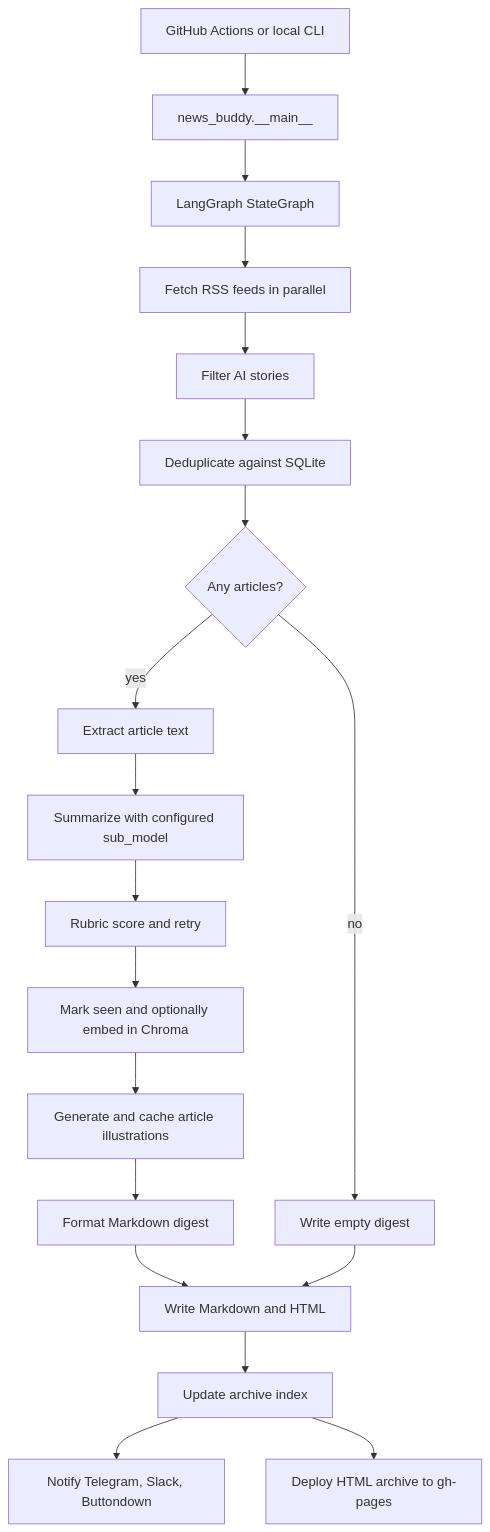
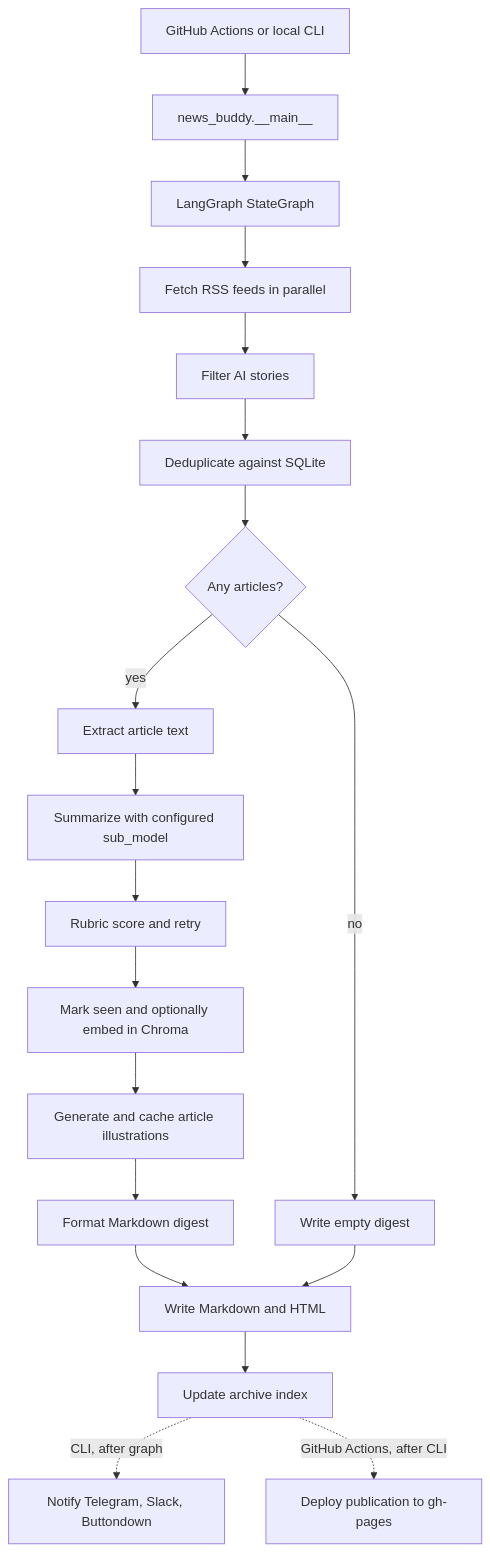
One commit to Harshagarwal06/buddy_agent changed the diagram in README.md. Above: the diagram before and after it, drawn with Mermaid. The commit also changed other lines of this file and 17 other files, not shown here.

````diff
--- a/README.md
+++ b/README.md
@@ -29,21 +29,21 @@
 ```mermaid
 flowchart TD
     A["GitHub Actions or local CLI"] --> B["news_buddy.__main__"]
     B --> C["LangGraph StateGraph"]
     C --> D["Fetch RSS feeds in parallel"]
     D --> E["Filter AI stories"]
     E --> F["Deduplicate against SQLite"]
     F --> G{"Any articles?"}
     G -- "yes" --> H["Extract article text"]
     H --> I["Summarize with configured sub_model"]
     I --> J["Rubric score and retry"]
     J --> K["Mark seen and optionally embed in Chroma"]
     K --> L["Generate and cache article illustrations"]
     L --> M["Format Markdown digest"]
     G -- "no" --> X["Write empty digest"]
     M --> N["Write Markdown and HTML"]
     X --> N
     N --> O["Update archive index"]
-    O --> P["Notify Telegram, Slack, Buttondown"]
-    O --> Q["Deploy HTML archive to gh-pages"]
+    O -. "CLI, after graph" .-> P["Notify Telegram, Slack, Buttondown"]
+    O -. "GitHub Actions, after CLI" .-> Q["Deploy publication to gh-pages"]
 ```
````
